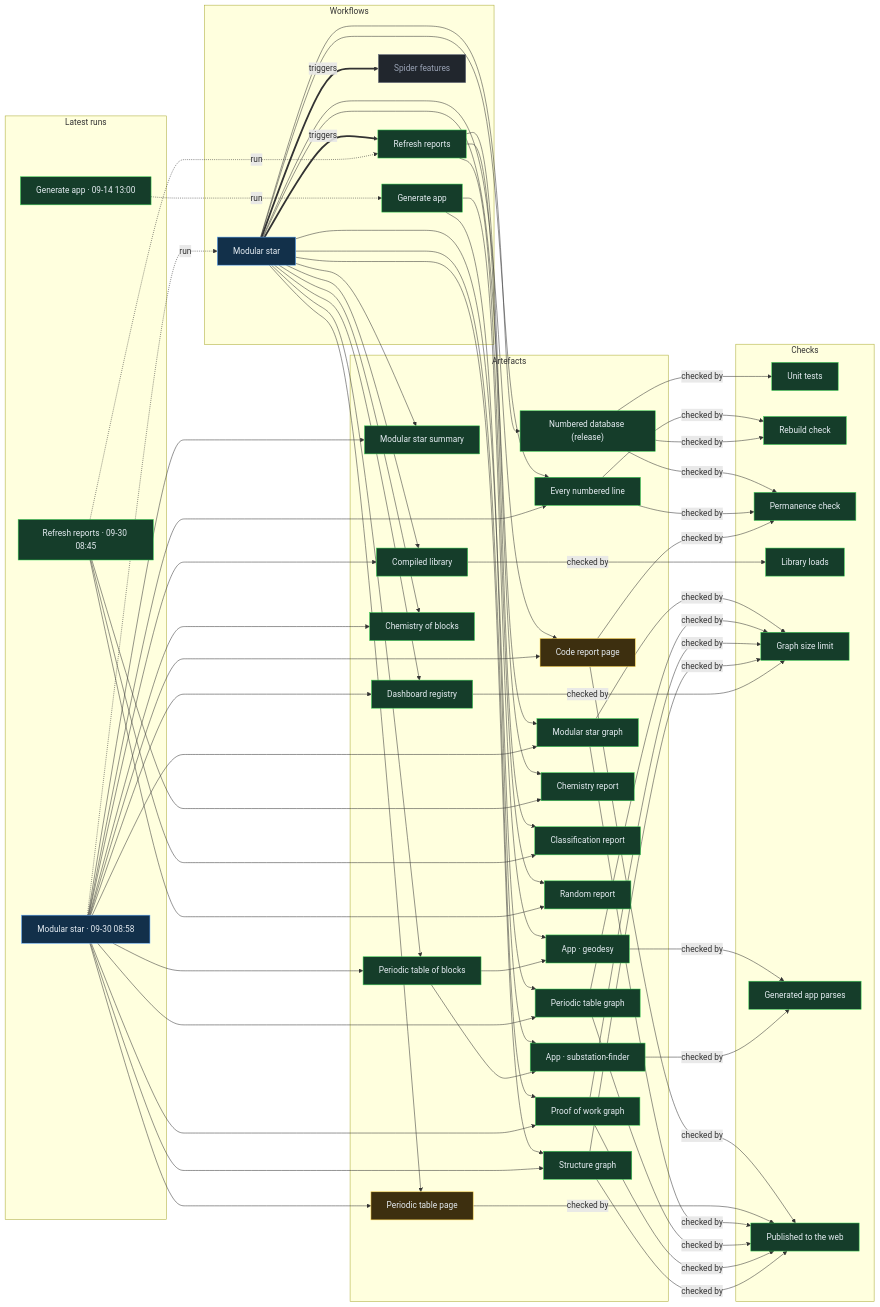
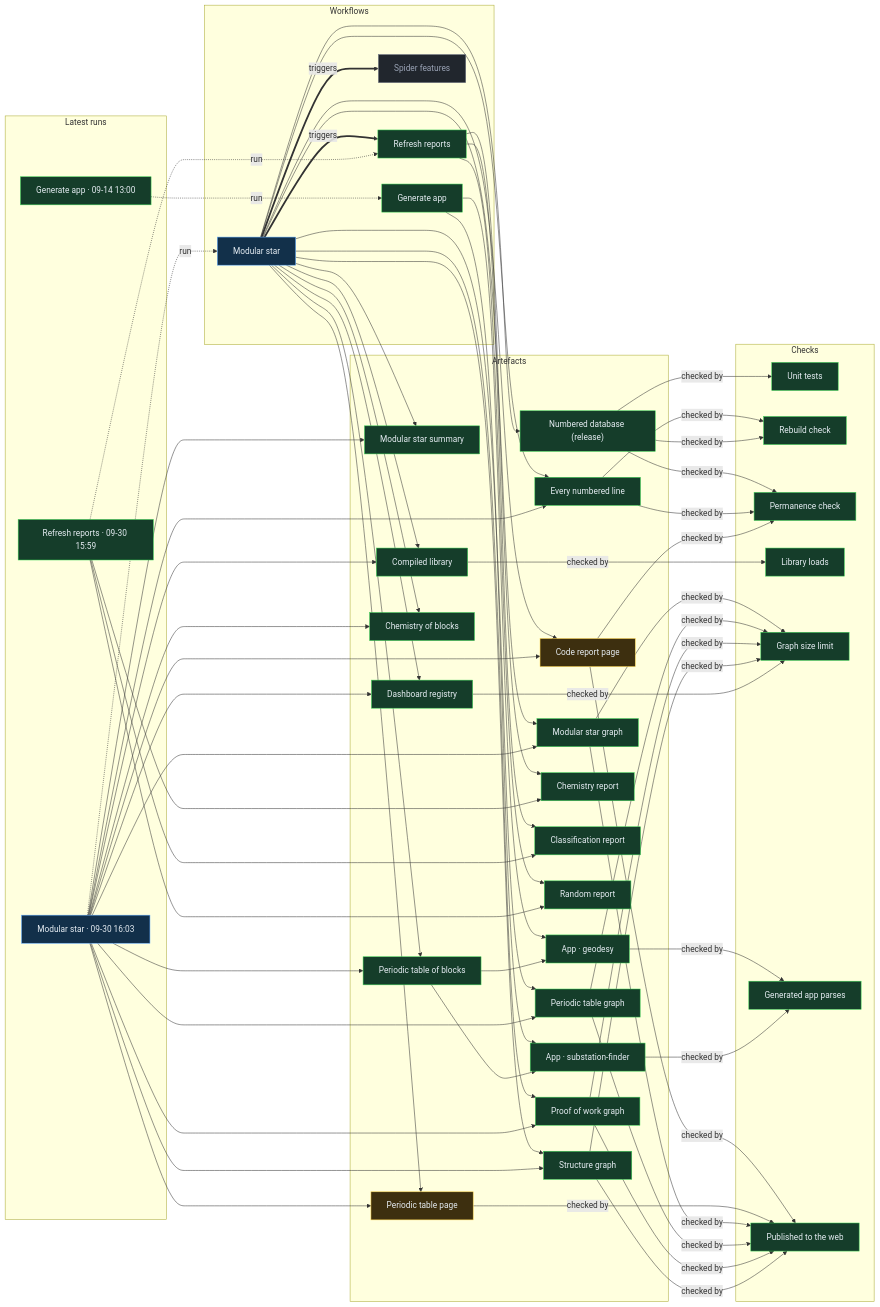
One commit to Ventusltd/stars changed the diagram in proof/PROOF.md. Above: the diagram before and after it, drawn with Mermaid. The commit also changed other lines of this file and 37 other files, not shown here.

Commit message:
Modular star 2026-09-30T16:06Z

```diff
--- a/proof/PROOF.md
+++ b/proof/PROOF.md
@@ -24,8 +24,8 @@
   n_wf_spider_features["Spider features"]:::off
   end
   subgraph g_runs["Latest runs"]
-  n_run_36693089525["Modular star · 09-30 08:58"]:::live
-  n_run_36691734318["Refresh reports · 09-30 08:45"]:::ok
+  n_run_36741418341["Modular star · 09-30 16:03"]:::live
+  n_run_36740887424["Refresh reports · 09-30 15:59"]:::ok
   n_run_34846587798["Generate app · 09-14 13:00"]:::ok
   end
   subgraph g_artefacts["Artefacts"]
@@ -59,39 +59,39 @@
   end
   n_wf_modular_star == triggers ==> n_wf_refresh
   n_wf_modular_star == triggers ==> n_wf_spider_features
-  n_run_36693089525 -. run .-> n_wf_modular_star
-  n_run_36691734318 -. run .-> n_wf_refresh
+  n_run_36741418341 -. run .-> n_wf_modular_star
+  n_run_36740887424 -. run .-> n_wf_refresh
   n_run_34846587798 -. run .-> n_wf_generate
   n_wf_modular_star --> n_art_summary
-  n_run_36693089525 --> n_art_summary
+  n_run_36741418341 --> n_art_summary
   n_wf_modular_star --> n_art_lines
-  n_run_36693089525 --> n_art_lines
+  n_run_36741418341 --> n_art_lines
   n_wf_modular_star --> n_art_code
-  n_run_36693089525 --> n_art_code
+  n_run_36741418341 --> n_art_code
   n_wf_modular_star --> n_art_modular_graph
-  n_run_36693089525 --> n_art_modular_graph
+  n_run_36741418341 --> n_art_modular_graph
   n_wf_modular_star --> n_art_blocks
-  n_run_36693089525 --> n_art_blocks
+  n_run_36741418341 --> n_art_blocks
   n_wf_modular_star --> n_art_table
-  n_run_36693089525 --> n_art_table
+  n_run_36741418341 --> n_art_table
   n_wf_modular_star --> n_art_blocks_graph
-  n_run_36693089525 --> n_art_blocks_graph
+  n_run_36741418341 --> n_art_blocks_graph
   n_wf_modular_star --> n_art_reactions
-  n_run_36693089525 --> n_art_reactions
+  n_run_36741418341 --> n_art_reactions
   n_wf_modular_star --> n_art_library
-  n_run_36693089525 --> n_art_library
+  n_run_36741418341 --> n_art_library
   n_wf_modular_star --> n_art_features
-  n_run_36693089525 --> n_art_features
+  n_run_36741418341 --> n_art_features
   n_wf_modular_star --> n_art_proof
-  n_run_36693089525 --> n_art_proof
+  n_run_36741418341 --> n_art_proof
   n_wf_modular_star --> n_art_structure
-  n_run_36693089525 --> n_art_structure
+  n_run_36741418341 --> n_art_structure
   n_wf_refresh --> n_art_chemistry
-  n_run_36691734318 --> n_art_chemistry
+  n_run_36740887424 --> n_art_chemistry
   n_wf_refresh --> n_art_vedic
-  n_run_36691734318 --> n_art_vedic
+  n_run_36740887424 --> n_art_vedic
   n_wf_refresh --> n_art_random
-  n_run_36691734318 --> n_art_random
+  n_run_36740887424 --> n_art_random
   n_wf_modular_star --> n_art_release
   n_wf_generate --> n_app_geodesy
   n_art_blocks --> n_app_geodesy
```
